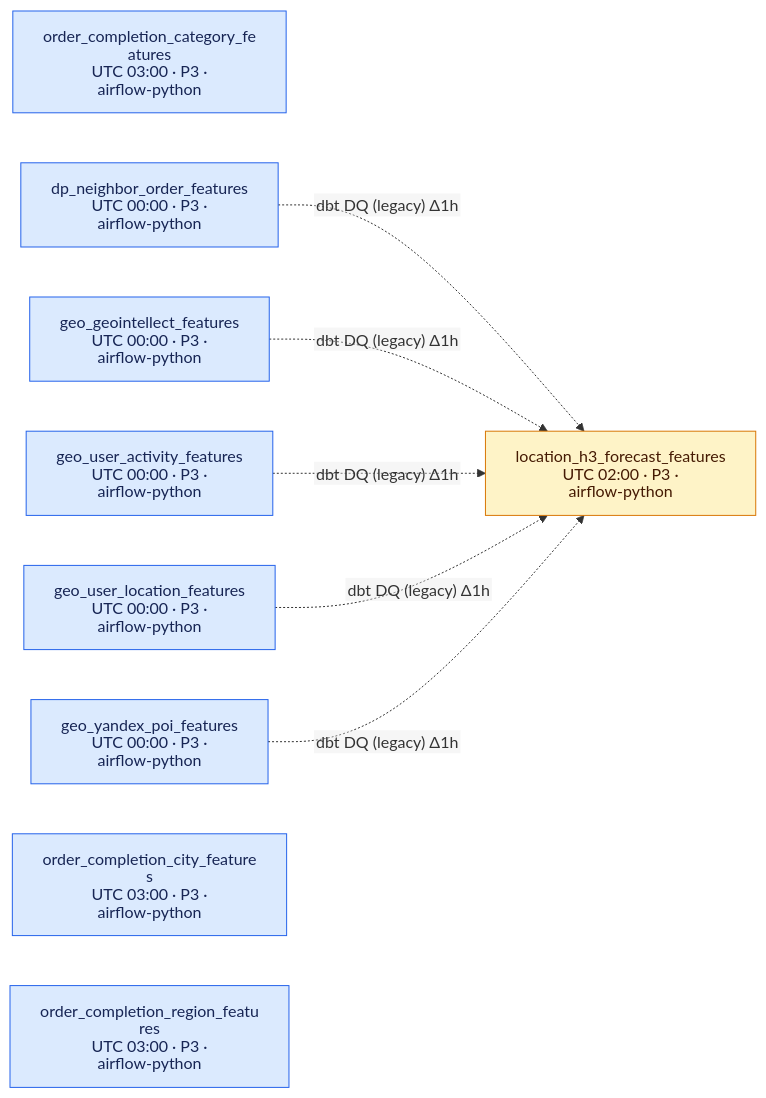
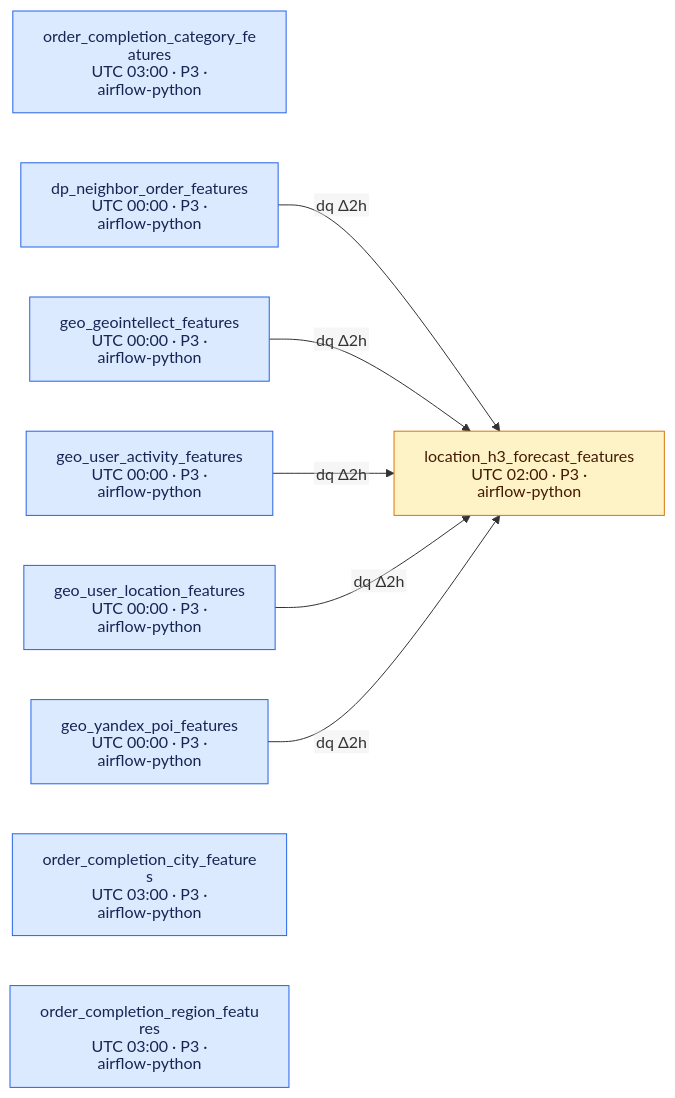
One commit to DayMarket/ml-feature-platform changed the third of 7 diagrams in docs/feature_platform_map.md. Above: the diagram before and after it, drawn with Mermaid. The commit also changed other lines of this file and 33 other files, not shown here.

````diff
--- a/docs/feature_platform_map.md
+++ b/docs/feature_platform_map.md
@@ -162,34 +162,34 @@
 ```mermaid
 %%{init: {"flowchart": {"wrappingWidth": 220}, "htmlLabels": false, "markdownAutoWrap": false}}%%
 flowchart LR
     d0["`location_h3_forecast_features
 UTC 02:00 · P3 · airflow-python`"]
     d1["`order_completion_category_features
 UTC 03:00 · P3 · airflow-python`"]
     d2["`dp_neighbor_order_features
 UTC 00:00 · P3 · airflow-python`"]
     d3["`geo_geointellect_features
 UTC 00:00 · P3 · airflow-python`"]
     d4["`geo_user_activity_features
 UTC 00:00 · P3 · airflow-python`"]
     d5["`geo_user_location_features
 UTC 00:00 · P3 · airflow-python`"]
     d6["`geo_yandex_poi_features
 UTC 00:00 · P3 · airflow-python`"]
     d7["`order_completion_city_features
 UTC 03:00 · P3 · airflow-python`"]
     d8["`order_completion_region_features
 UTC 03:00 · P3 · airflow-python`"]
-    d2 -.->|"dbt DQ (legacy) Δ1h"| d0
-    d3 -.->|"dbt DQ (legacy) Δ1h"| d0
-    d4 -.->|"dbt DQ (legacy) Δ1h"| d0
-    d5 -.->|"dbt DQ (legacy) Δ1h"| d0
-    d6 -.->|"dbt DQ (legacy) Δ1h"| d0
+    d2 -->|"dq Δ2h"| d0
+    d3 -->|"dq Δ2h"| d0
+    d4 -->|"dq Δ2h"| d0
+    d5 -->|"dq Δ2h"| d0
+    d6 -->|"dq Δ2h"| d0
     class d1,d2,d3,d4,d5,d6,d7,d8 silver
     class d0 gold
     classDef silver fill:#dbeafe,stroke:#2563eb,color:#172554
     classDef gold fill:#fef3c7,stroke:#d97706,color:#451a03
     classDef datasets fill:#dcfce7,stroke:#16a34a,color:#052e16
     classDef upload fill:#f3e8ff,stroke:#9333ea,color:#3b0764
     classDef external fill:#f3f4f6,stroke:#6b7280,color:#111827
 ```
````
